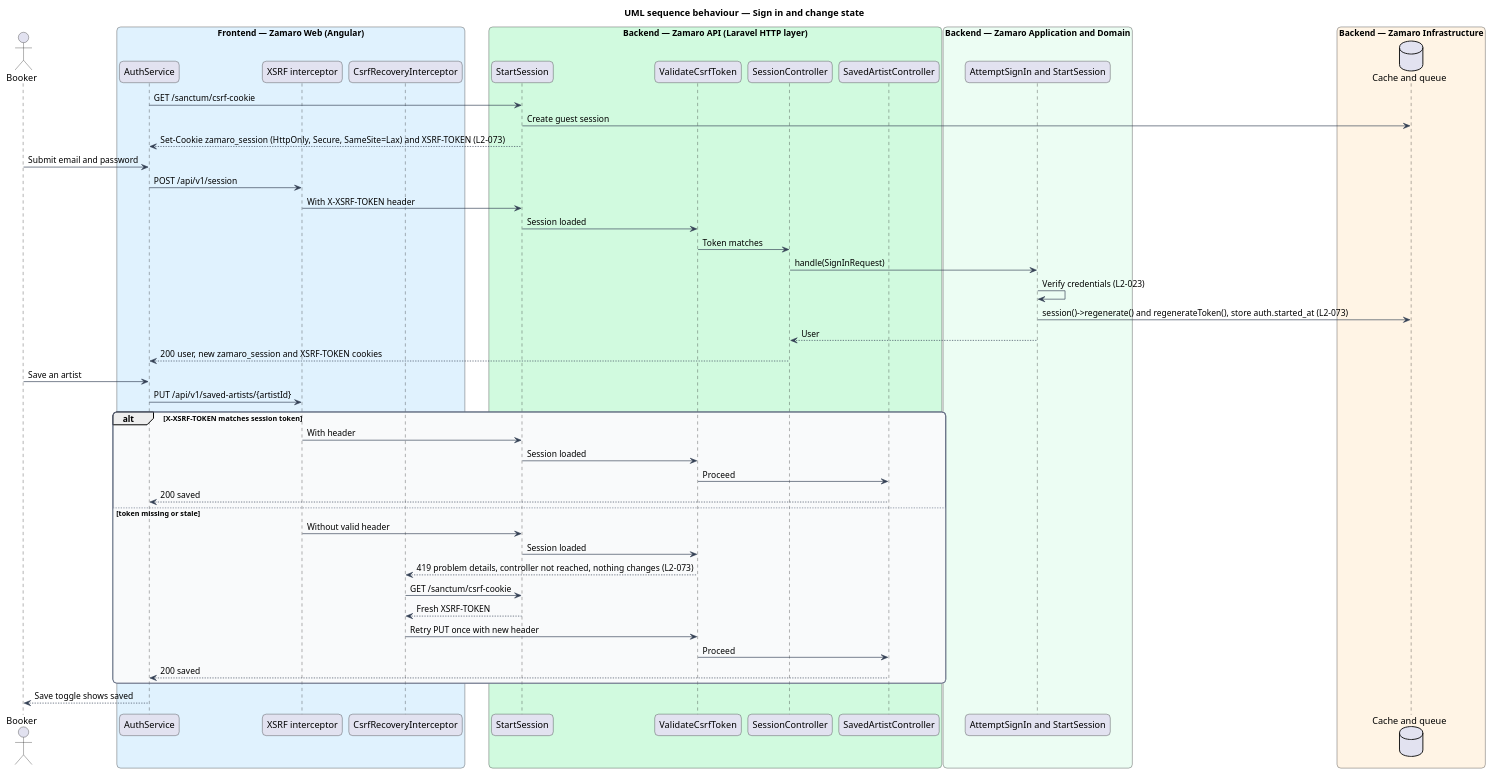
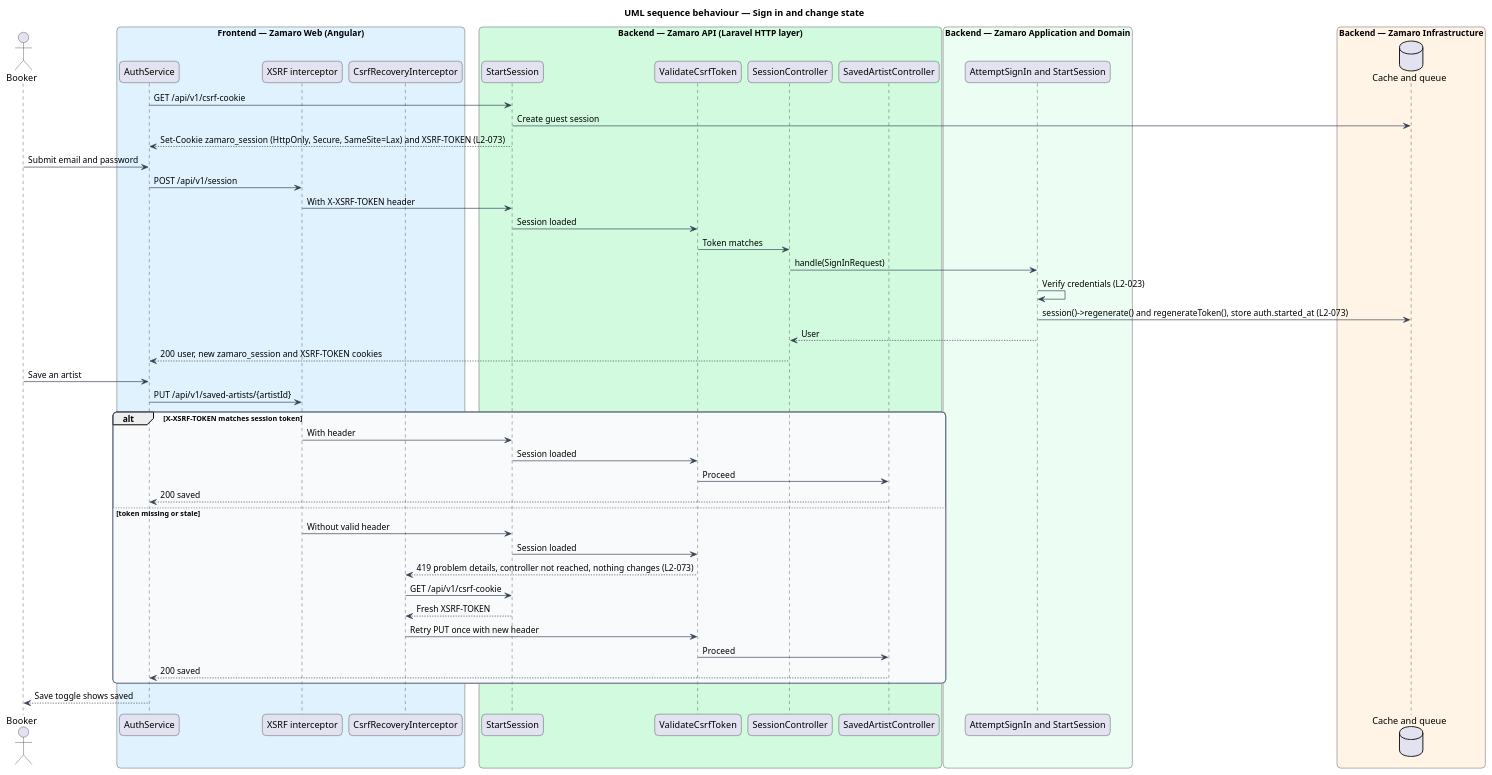
The diagram in docs/detailed-designs/security/manage-sessions-and-csrf/diagrams/sequence-sign-in-and-change-state.puml (QuinntyneBrown/zamaro), drawn with PlantUML before and after one commit. The commit also changed 20 other files, not shown here.

```diff
--- a/docs/detailed-designs/security/manage-sessions-and-csrf/diagrams/sequence-sign-in-and-change-state.puml
+++ b/docs/detailed-designs/security/manage-sessions-and-csrf/diagrams/sequence-sign-in-and-change-state.puml
@@ -1,67 +1,67 @@
 @startuml
 title UML sequence behaviour — Sign in and change state
 skinparam backgroundColor #FFFFFF
 skinparam shadowing false
 skinparam roundcorner 12
 skinparam defaultFontName Arial
 skinparam ArrowColor #344054
 skinparam rectangle {
   BorderColor #344054
   FontColor #101828
 }
 skinparam package {
   BorderColor #667085
   FontColor #101828
   BackgroundColor #F9FAFB
 }
 actor "Booker" as actor
 box "Frontend — Zamaro Web (Angular)" #E0F2FE
   participant "AuthService" as auth
   participant "XSRF interceptor" as xsrf
   participant "CsrfRecoveryInterceptor" as recover
 end box
 box "Backend — Zamaro API (Laravel HTTP layer)" #D1FADF
   participant "StartSession" as start
   participant "ValidateCsrfToken" as csrf
   participant "SessionController" as signin
   participant "SavedArtistController" as saved
 end box
 box "Backend — Zamaro Application and Domain" #ECFDF3
   participant "AttemptSignIn and StartSession" as action
 end box
 box "Backend — Zamaro Infrastructure" #FFF4E5
   database "Cache and queue" as cache
 end box
 
-auth -> start : GET /sanctum/csrf-cookie
+auth -> start : GET /api/v1/csrf-cookie
 start -> cache : Create guest session
 start --> auth : Set-Cookie zamaro_session (HttpOnly, Secure, SameSite=Lax) and XSRF-TOKEN (L2-073)
 actor -> auth : Submit email and password
 auth -> xsrf : POST /api/v1/session
 xsrf -> start : With X-XSRF-TOKEN header
 start -> csrf : Session loaded
 csrf -> signin : Token matches
 signin -> action : handle(SignInRequest)
 action -> action : Verify credentials (L2-023)
 action -> cache : session()->regenerate() and regenerateToken(), store auth.started_at (L2-073)
 action --> signin : User
 signin --> auth : 200 user, new zamaro_session and XSRF-TOKEN cookies
 actor -> auth : Save an artist
 auth -> xsrf : PUT /api/v1/saved-artists/{artistId}
 alt X-XSRF-TOKEN matches session token
   xsrf -> start : With header
   start -> csrf : Session loaded
   csrf -> saved : Proceed
   saved --> auth : 200 saved
 else token missing or stale
   xsrf -> start : Without valid header
   start -> csrf : Session loaded
   csrf --> recover : 419 problem details, controller not reached, nothing changes (L2-073)
-  recover -> start : GET /sanctum/csrf-cookie
+  recover -> start : GET /api/v1/csrf-cookie
   start --> recover : Fresh XSRF-TOKEN
   recover -> csrf : Retry PUT once with new header
   csrf -> saved : Proceed
   saved --> auth : 200 saved
 end
 auth --> actor : Save toggle shows saved
 @enduml
```
